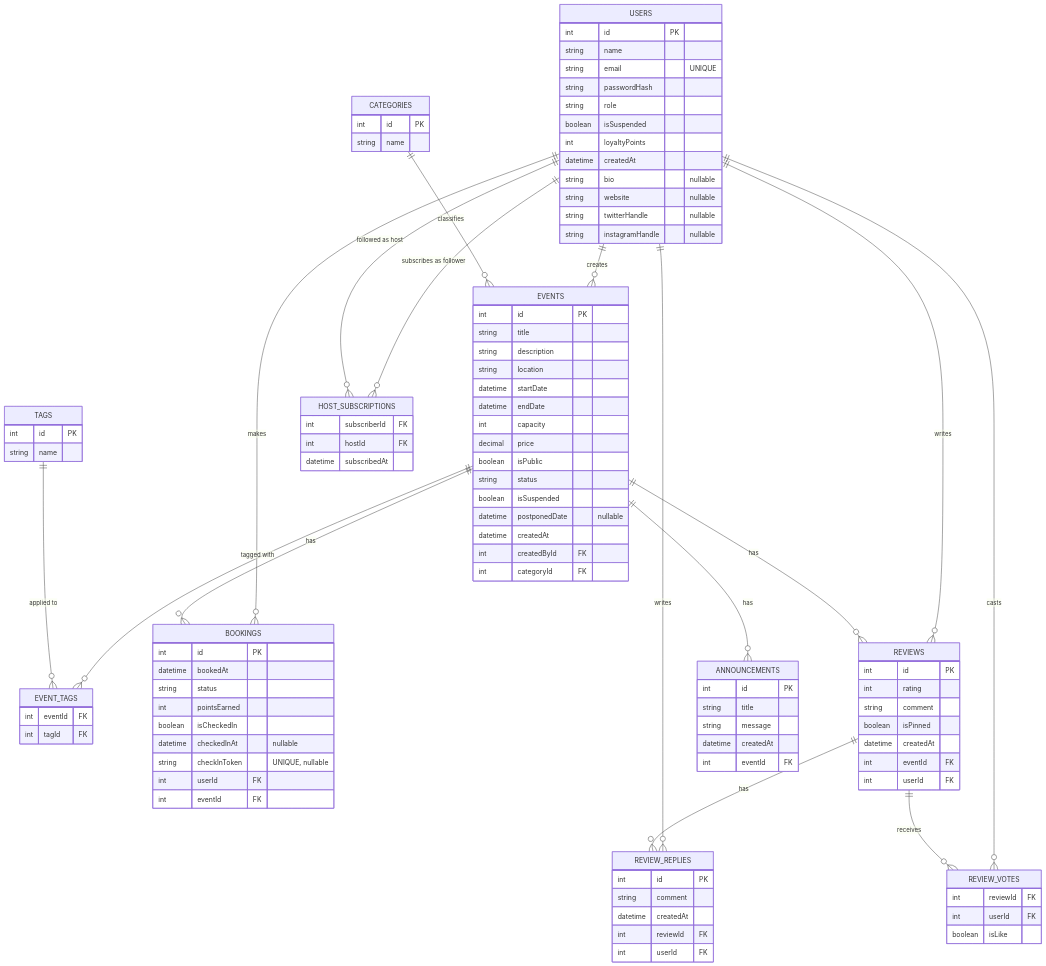
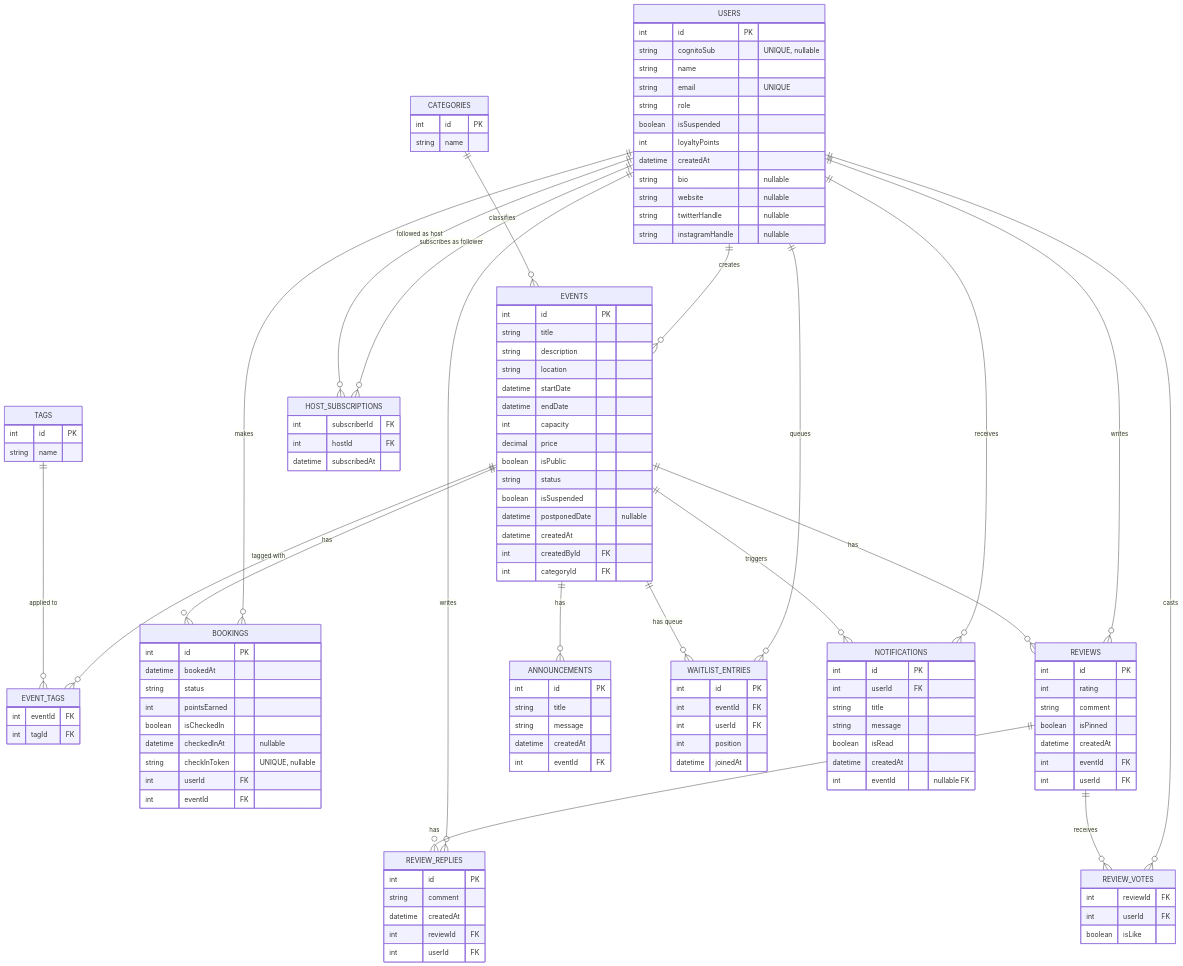
The diagram in docs/DATABASE_SCHEMA.md (Kluvens/event-management-system), drawn with Mermaid before and after one commit. The commit also changed other lines of this file and 3 other files, not shown here.

````diff
--- a/docs/DATABASE_SCHEMA.md
+++ b/docs/DATABASE_SCHEMA.md
@@ -21,9 +21,9 @@
 erDiagram
     USERS {
         int id PK
+        string cognitoSub "UNIQUE, nullable"
         string name
         string email "UNIQUE"
-        string passwordHash
         string role
         boolean isSuspended
         int loyaltyPoints
@@ -117,6 +117,24 @@
         int eventId FK
     }
 
+    WAITLIST_ENTRIES {
+        int id PK
+        int eventId FK
+        int userId FK
+        int position
+        datetime joinedAt
+    }
+
+    NOTIFICATIONS {
+        int id PK
+        int userId FK
+        string title
+        string message
+        boolean isRead
+        datetime createdAt
+        int eventId "nullable FK"
+    }
+
     USERS ||--o{ EVENTS : "creates"
     USERS ||--o{ BOOKINGS : "makes"
     USERS ||--o{ REVIEWS : "writes"
@@ -124,12 +142,16 @@
     USERS ||--o{ REVIEW_VOTES : "casts"
     USERS ||--o{ HOST_SUBSCRIPTIONS : "subscribes as follower"
     USERS ||--o{ HOST_SUBSCRIPTIONS : "followed as host"
+    USERS ||--o{ WAITLIST_ENTRIES : "queues"
+    USERS ||--o{ NOTIFICATIONS : "receives"
     CATEGORIES ||--o{ EVENTS : "classifies"
     EVENTS ||--o{ EVENT_TAGS : "tagged with"
     TAGS ||--o{ EVENT_TAGS : "applied to"
     EVENTS ||--o{ BOOKINGS : "has"
     EVENTS ||--o{ REVIEWS : "has"
     EVENTS ||--o{ ANNOUNCEMENTS : "has"
+    EVENTS ||--o{ WAITLIST_ENTRIES : "has queue"
+    EVENTS ||--o{ NOTIFICATIONS : "triggers"
     REVIEWS ||--o{ REVIEW_REPLIES : "has"
     REVIEWS ||--o{ REVIEW_VOTES : "receives"
 ```
````
